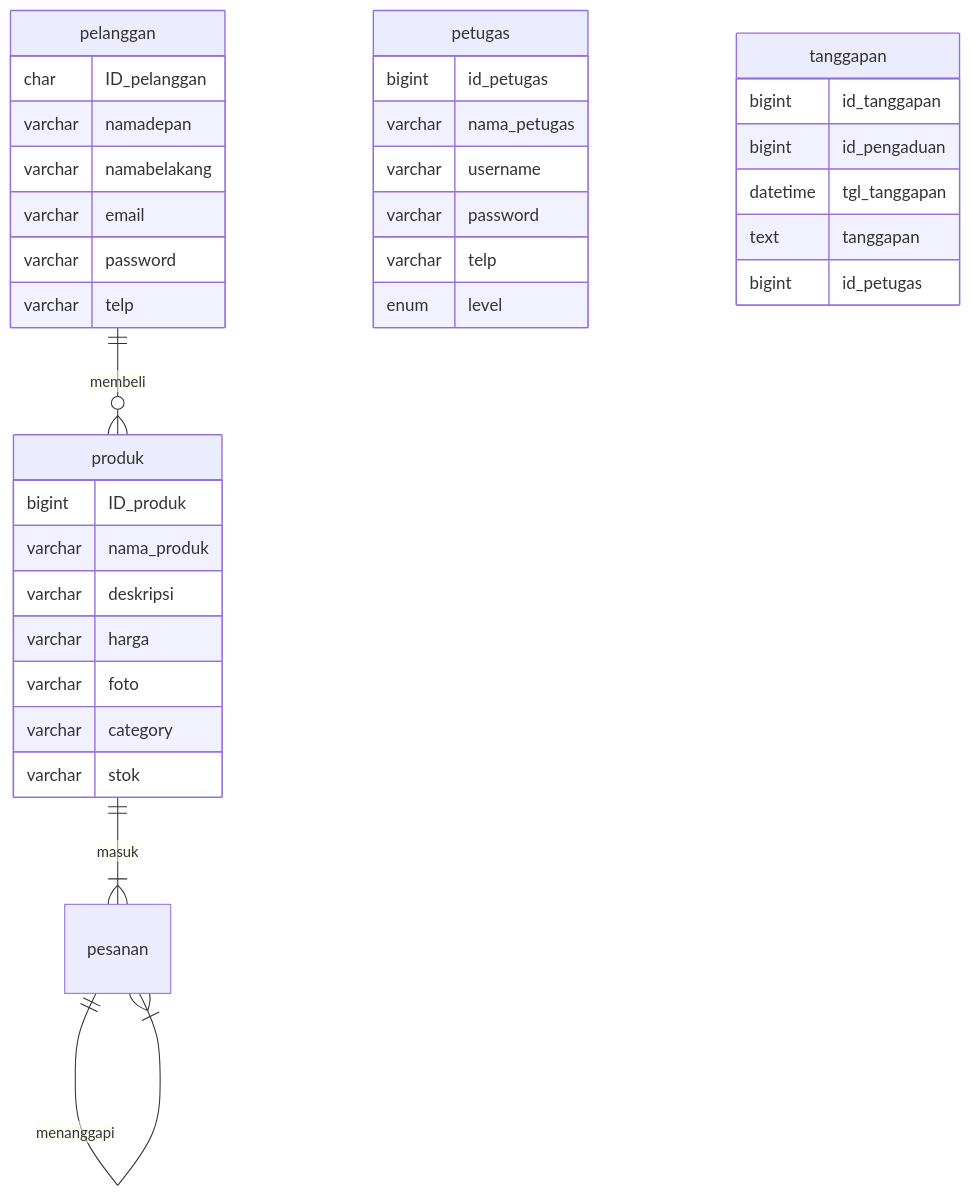
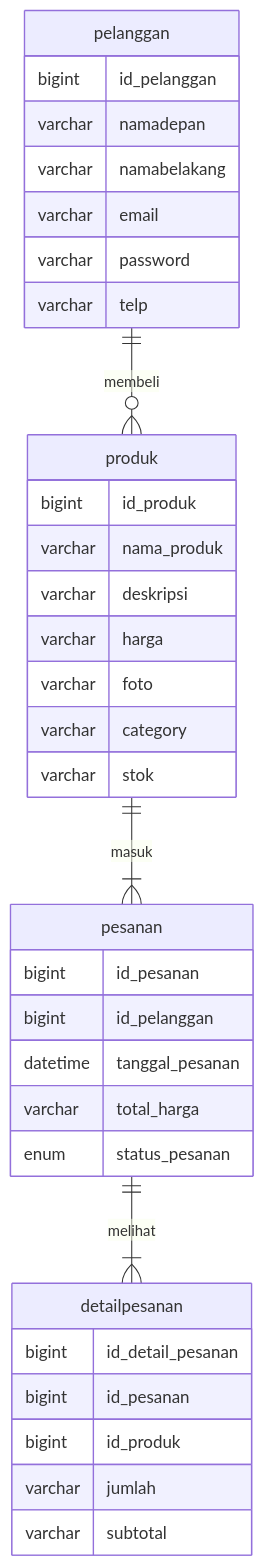
The diagram in job_interview.md (BaidhowiAlHuseiniHakiki/BaidhowiAlHuseiniHakiki), drawn with Mermaid before and after one commit.

````diff
--- a/job_interview.md
+++ b/job_interview.md
@@ -29,38 +29,37 @@
 ```mermaid
 erDiagram
     pelanggan ||--o{ produk : membeli
     pelanggan {
-        char ID_pelanggan
+        bigint id_pelanggan
         varchar namadepan
         varchar namabelakang
         varchar email
         varchar password
         varchar telp
     }
     produk ||--|{ pesanan : masuk
     produk {
-        bigint ID_produk
+        bigint id_produk
         varchar nama_produk
         varchar deskripsi
         varchar harga
         varchar foto
         varchar category
         varchar stok
     }
-    pesanan ||--|{ pesanan : menanggapi
-    petugas {
-        bigint id_petugas
-        varchar nama_petugas
-        varchar username
-        varchar password
-        varchar telp
-        enum level
+    pesanan ||--|{ detailpesanan : melihat
+    pesanan {
+        bigint id_pesanan
+        bigint id_pelanggan
+        datetime tanggal_pesanan
+        varchar total_harga
+        enum status_pesanan
     }
-    tanggapan {
-        bigint id_tanggapan
-        bigint id_pengaduan
-        datetime tgl_tanggapan
-        text tanggapan
-        bigint id_petugas
+    detailpesanan {
+        bigint id_detail_pesanan
+        bigint id_pesanan
+        bigint id_produk
+        varchar jumlah
+        varchar subtotal
 }
 ```
````
